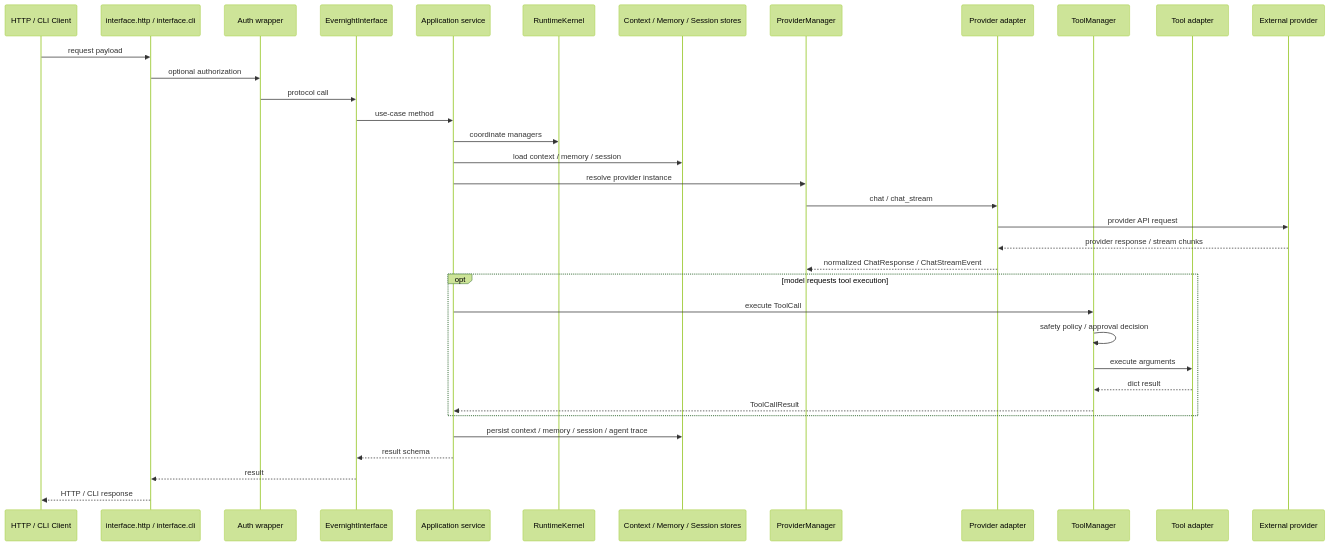
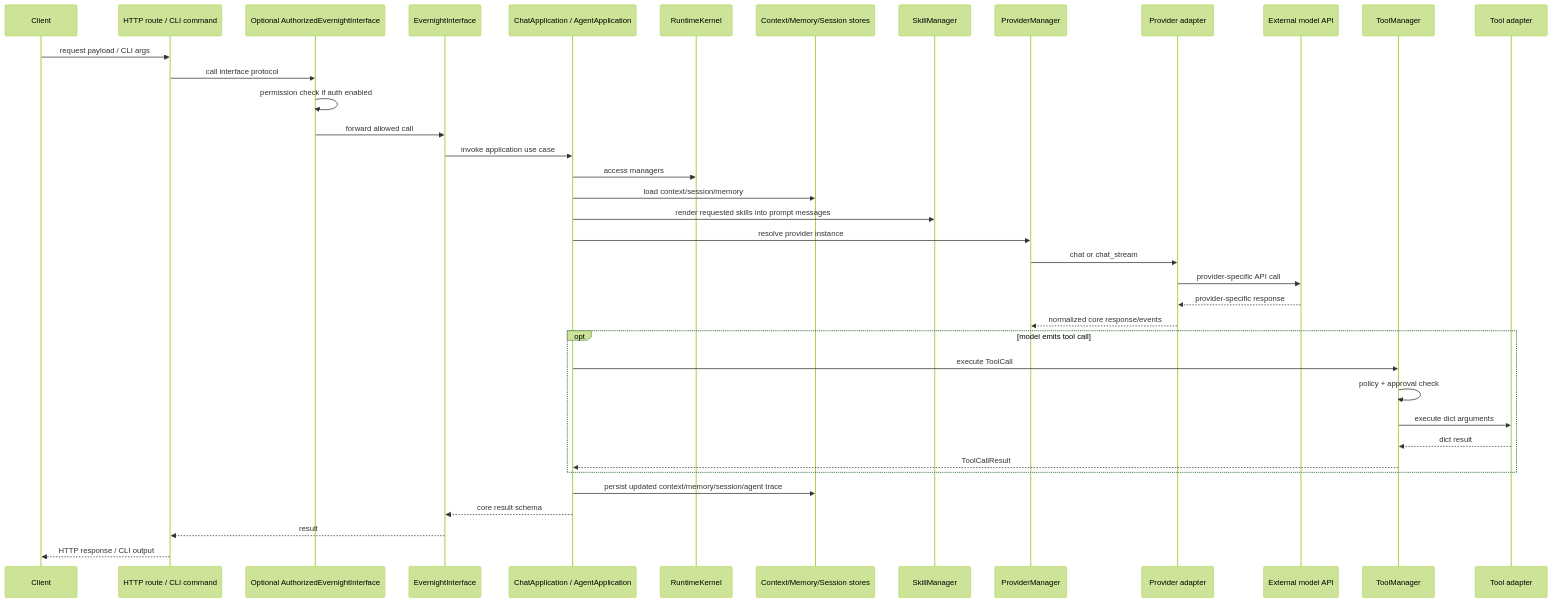
Before and after one commit to Evernight275/EvernightAI: the third of 6 diagrams in docs/architecture-diagrams.md, drawn with Mermaid (forest theme). The commit also changed other lines of this file, not shown here.

Commit message:
Clarify architecture diagram views

````diff
--- a/docs/architecture-diagrams.md
+++ b/docs/architecture-diagrams.md
@@ -187,41 +130,44 @@
 ```mermaid
 sequenceDiagram
-    participant Client as HTTP / CLI Client
-    participant Boundary as interface.http / interface.cli
-    participant Auth as Auth wrapper
-    participant EI as EvernightInterface
-    participant App as Application service
+    participant Client as Client
+    participant Route as HTTP route / CLI command
+    participant Auth as Optional AuthorizedEvernightInterface
+    participant Interface as EvernightInterface
+    participant App as ChatApplication / AgentApplication
     participant Runtime as RuntimeKernel
-    participant Store as Context / Memory / Session stores
-    participant ProviderMgr as ProviderManager
+    participant Stores as Context/Memory/Session stores
+    participant Skills as SkillManager
+    participant Providers as ProviderManager
     participant Adapter as Provider adapter
-    participant ToolMgr as ToolManager
-    participant Tool as Tool adapter
-    participant LLM as External provider
+    participant LLM as External model API
+    participant Tools as ToolManager
+    participant ToolAdapter as Tool adapter
 
-    Client->>Boundary: request payload
-    Boundary->>Auth: optional authorization
-    Auth->>EI: protocol call
-    EI->>App: use-case method
-    App->>Runtime: coordinate managers
+    Client->>Route: request payload / CLI args
+    Route->>Auth: call interface protocol
+    Auth->>Auth: permission check if auth enabled
+    Auth->>Interface: forward allowed call
+    Interface->>App: invoke application use case
 
-    App->>Store: load context / memory / session
-    App->>ProviderMgr: resolve provider instance
-    ProviderMgr->>Adapter: chat / chat_stream
-    Adapter->>LLM: provider API request
-    LLM-->>Adapter: provider response / stream chunks
-    Adapter-->>ProviderMgr: normalized ChatResponse / ChatStreamEvent
+    App->>Runtime: access managers
+    App->>Stores: load context/session/memory
+    App->>Skills: render requested skills into prompt messages
+    App->>Providers: resolve provider instance
+    Providers->>Adapter: chat or chat_stream
+    Adapter->>LLM: provider-specific API call
+    LLM-->>Adapter: provider-specific response
+    Adapter-->>Providers: normalized core response/events
 
-    opt model requests tool execution
-        App->>ToolMgr: execute ToolCall
-        ToolMgr->>ToolMgr: safety policy / approval decision
-        ToolMgr->>Tool: execute arguments
-        Tool-->>ToolMgr: dict result
-        ToolMgr-->>App: ToolCallResult
+    opt model emits tool call
+        App->>Tools: execute ToolCall
+        Tools->>Tools: policy + approval check
+        Tools->>ToolAdapter: execute dict arguments
+        ToolAdapter-->>Tools: dict result
+        Tools-->>App: ToolCallResult
     end
 
-    App->>Store: persist context / memory / session / agent trace
-    App-->>EI: result schema
-    EI-->>Boundary: result
-    Boundary-->>Client: HTTP / CLI response
+    App->>Stores: persist updated context/memory/session/agent trace
+    App-->>Interface: core result schema
+    Interface-->>Route: result
+    Route-->>Client: HTTP response / CLI output
 ```
````
